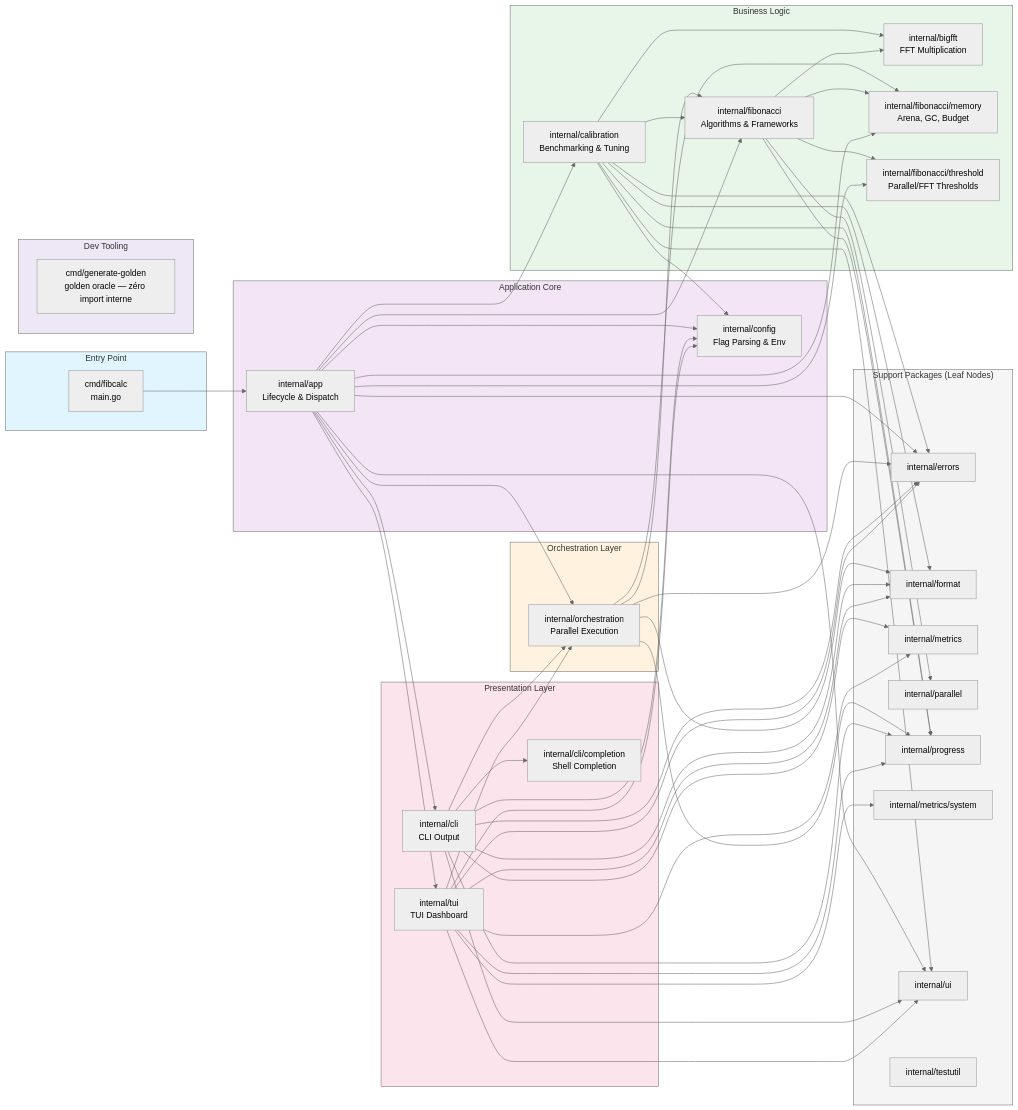
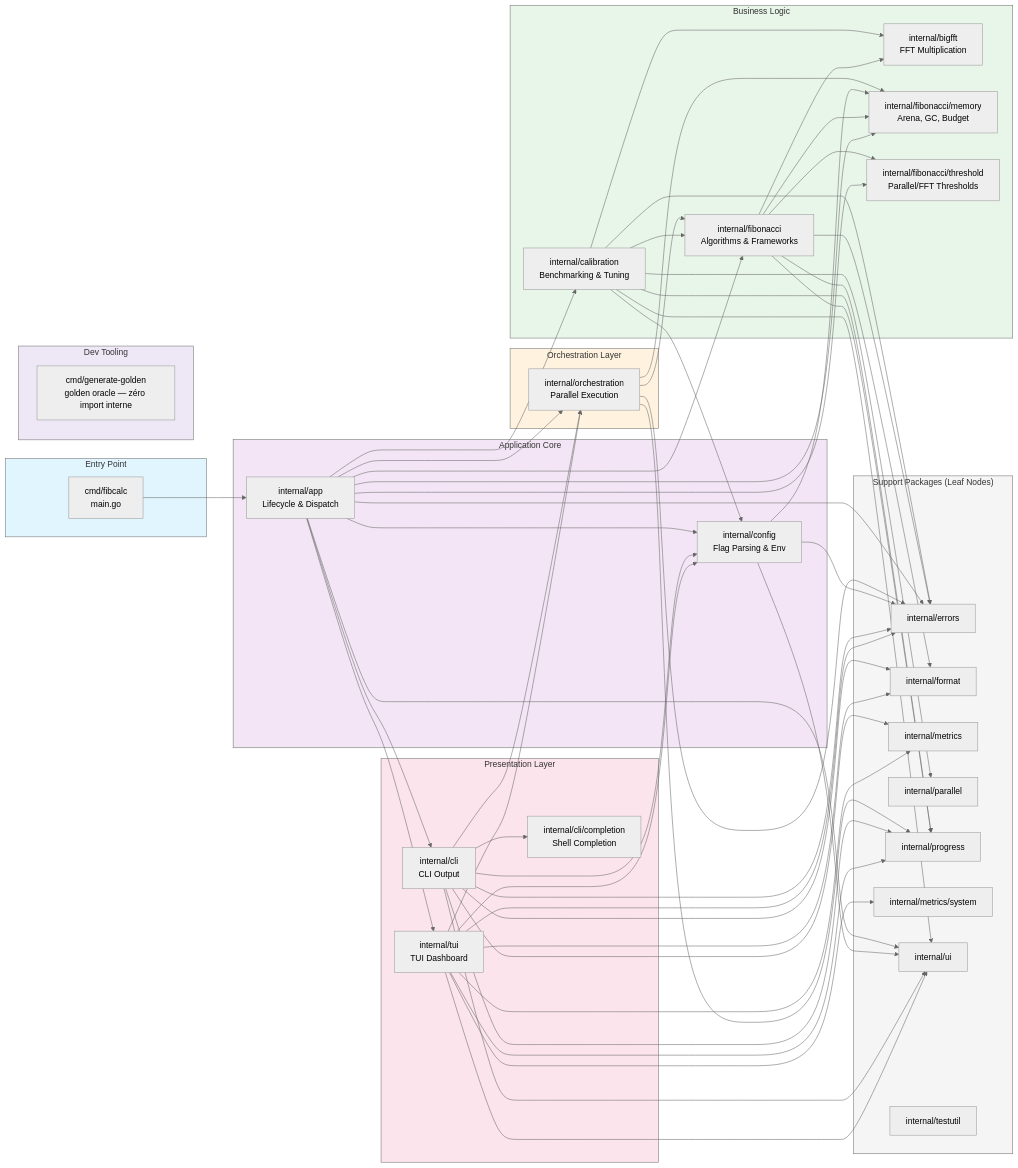
Before and after one commit to agbruneau/Fibonacci: the diagram in docs/architecture/dependency-graph.mermaid, drawn with Mermaid (neutral theme).

Commit message:
docs(architecture): resync dependency-graph.mermaid with real import graph
The canonical graph drew orch --> format — one of the four arrows
explicitly forbidden by TestArchitectureLayering (APP-10) — and omitted
four real edges: config -> {errors, fibonacci/memory, ui} and
fib -> errors (auditFable5 ARCH-01/DOCS-02). Verified edge-by-edge
against 'go list' output: bijection on represented packages.

```diff
--- a/docs/architecture/dependency-graph.mermaid
+++ b/docs/architecture/dependency-graph.mermaid
@@ -1,101 +1,105 @@
 flowchart LR
     subgraph Entry["Entry Point"]
         main["cmd/fibcalc<br/>main.go"]
     end
 
     subgraph Tooling["Dev Tooling"]
         gen["cmd/generate-golden<br/>golden oracle — zéro import interne"]
     end
 
     subgraph Core["Application Core"]
         app["internal/app<br/>Lifecycle & Dispatch"]
         config["internal/config<br/>Flag Parsing & Env"]
     end
 
     subgraph Orchestration["Orchestration Layer"]
         orch["internal/orchestration<br/>Parallel Execution"]
     end
 
     subgraph Business["Business Logic"]
         fib["internal/fibonacci<br/>Algorithms & Frameworks"]
         bigfft["internal/bigfft<br/>FFT Multiplication"]
         calib["internal/calibration<br/>Benchmarking & Tuning"]
         fibmem["internal/fibonacci/memory<br/>Arena, GC, Budget"]
         fibthr["internal/fibonacci/threshold<br/>Parallel/FFT Thresholds"]
     end
 
     subgraph Presentation["Presentation Layer"]
         cli["internal/cli<br/>CLI Output"]
         completion["internal/cli/completion<br/>Shell Completion"]
         tui["internal/tui<br/>TUI Dashboard"]
     end
 
     subgraph Support["Support Packages (Leaf Nodes)"]
         errors["internal/errors"]
         format["internal/format"]
         metrics["internal/metrics"]
         parallel["internal/parallel"]
         progress["internal/progress"]
         sysmon["internal/metrics/system"]
         ui["internal/ui"]
         testutil["internal/testutil"]
     end
 
     main --> app
     app --> config
     app --> orch
     app --> cli
     app --> tui
     app --> calib
     app --> fib
     app --> errors
     app --> ui
 
     orch --> fib
     orch --> errors
     orch --> progress
     orch --> fibmem
-    orch --> format
+
+    config --> errors
+    config --> fibmem
+    config --> ui
 
     calib --> fib
     calib --> bigfft
     calib --> config
     calib --> errors
     calib --> format
     calib --> ui
     calib --> progress
 
     fib --> bigfft
+    fib --> errors
     fib --> parallel
     fib --> progress
     fib --> fibmem
     fib --> fibthr
 
     cli --> completion
     cli --> format
     cli --> errors
     cli --> metrics
     cli --> ui
     cli --> orch
     cli --> config
     cli --> progress
 
     tui --> format
     tui --> metrics
     tui --> sysmon
     tui --> ui
     tui --> errors
     tui --> config
     tui --> orch
     tui --> progress
 
     app --> fibmem
     app --> fibthr
 
     style Entry fill:#e1f5fe
     style Tooling fill:#ede7f6
     style Core fill:#f3e5f5
     style Orchestration fill:#fff3e0
     style Business fill:#e8f5e9
     style Presentation fill:#fce4ec
     style Support fill:#f5f5f5
```
